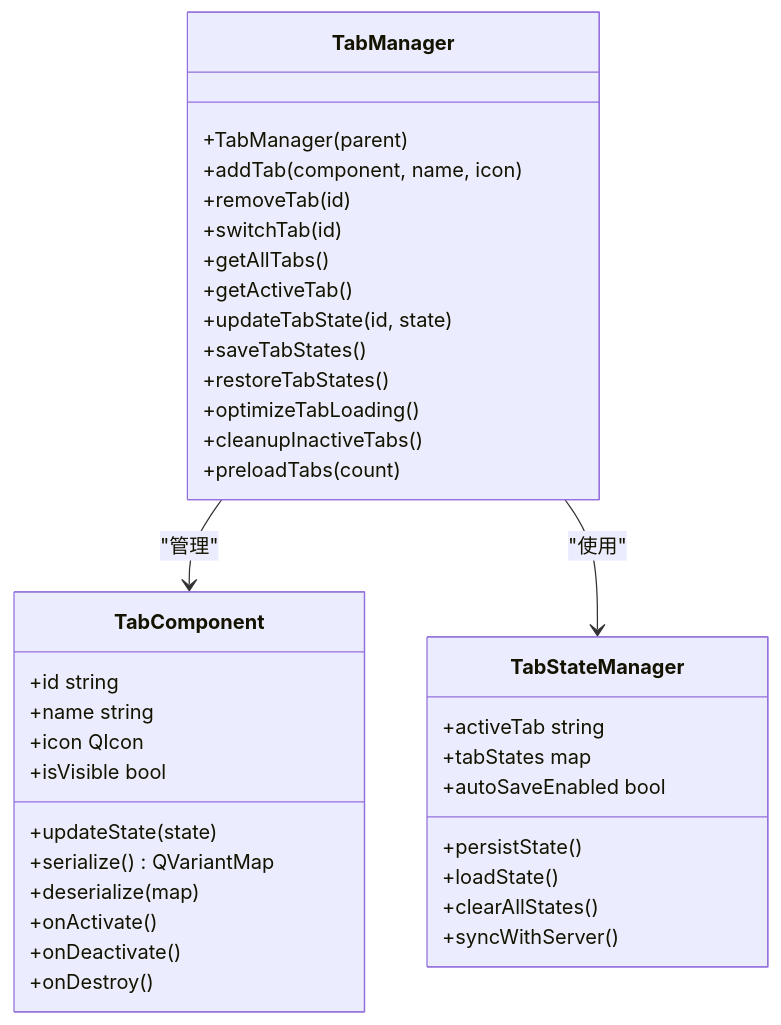
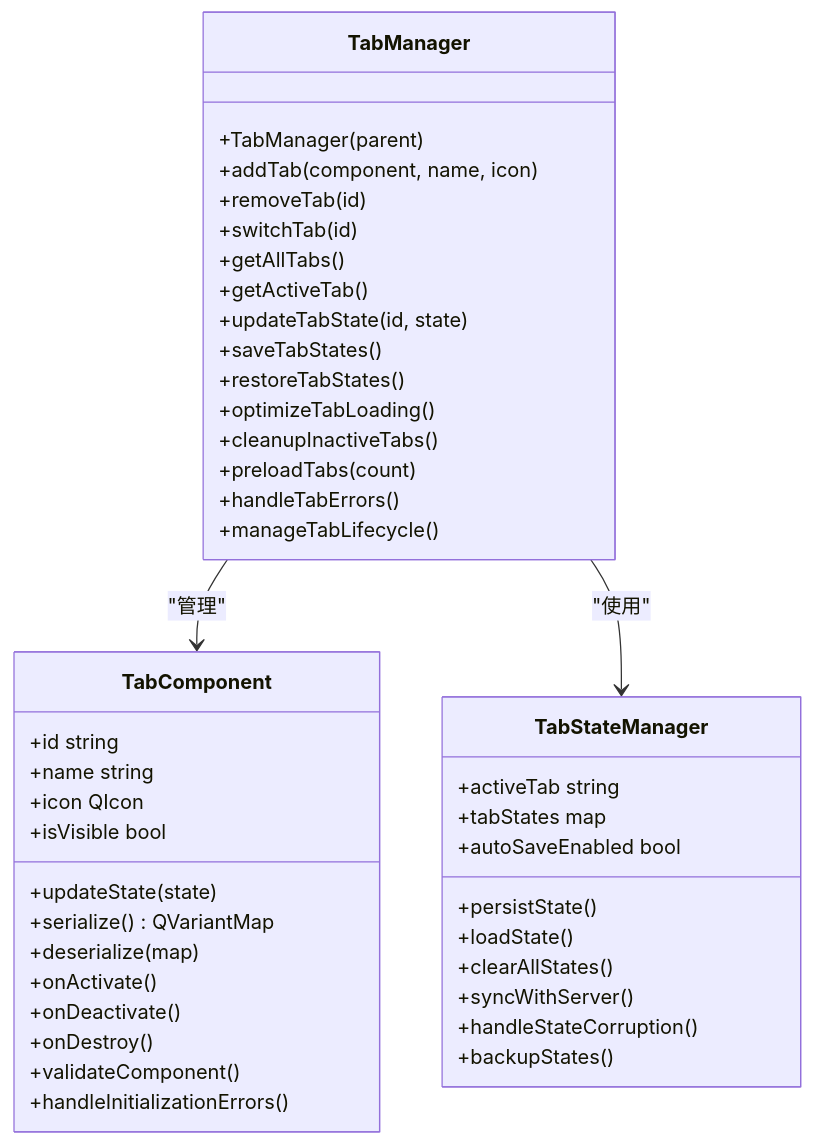
Before and after one commit to jakecai1225-design/OpenBus: diagram 14 of 15 in .qoder/repowiki/zh/content/架构设计/UI系统设计/UI系统设计.md, drawn with Mermaid. The commit also changed other lines of this file and 15 other files, not shown here.

Commit message:
分离试图 拓扑图

````diff
--- a/.qoder/repowiki/zh/content/架构设计/UI系统设计/UI系统设计.md
+++ b/.qoder/repowiki/zh/content/架构设计/UI系统设计/UI系统设计.md
@@ -883,40 +931,46 @@
 ```mermaid
 classDiagram
 class TabManager {
 +TabManager(parent)
 +addTab(component, name, icon)
 +removeTab(id)
 +switchTab(id)
 +getAllTabs()
 +getActiveTab()
 +updateTabState(id, state)
 +saveTabStates()
 +restoreTabStates()
 +optimizeTabLoading()
 +cleanupInactiveTabs()
 +preloadTabs(count)
++handleTabErrors()
++manageTabLifecycle()
 }
 class TabComponent {
 +id string
 +name string
 +icon QIcon
 +isVisible bool
 +updateState(state)
 +serialize() QVariantMap
 +deserialize(map)
 +onActivate()
 +onDeactivate()
 +onDestroy()
++validateComponent()
++handleInitializationErrors()
 }
 class TabStateManager {
 +activeTab string
 +tabStates map
 +autoSaveEnabled bool
 +persistState()
 +loadState()
 +clearAllStates()
 +syncWithServer()
++handleStateCorruption()
++backupStates()
 }
 TabManager --> TabComponent : "管理"
 TabManager --> TabStateManager : "使用"
 ```
````
